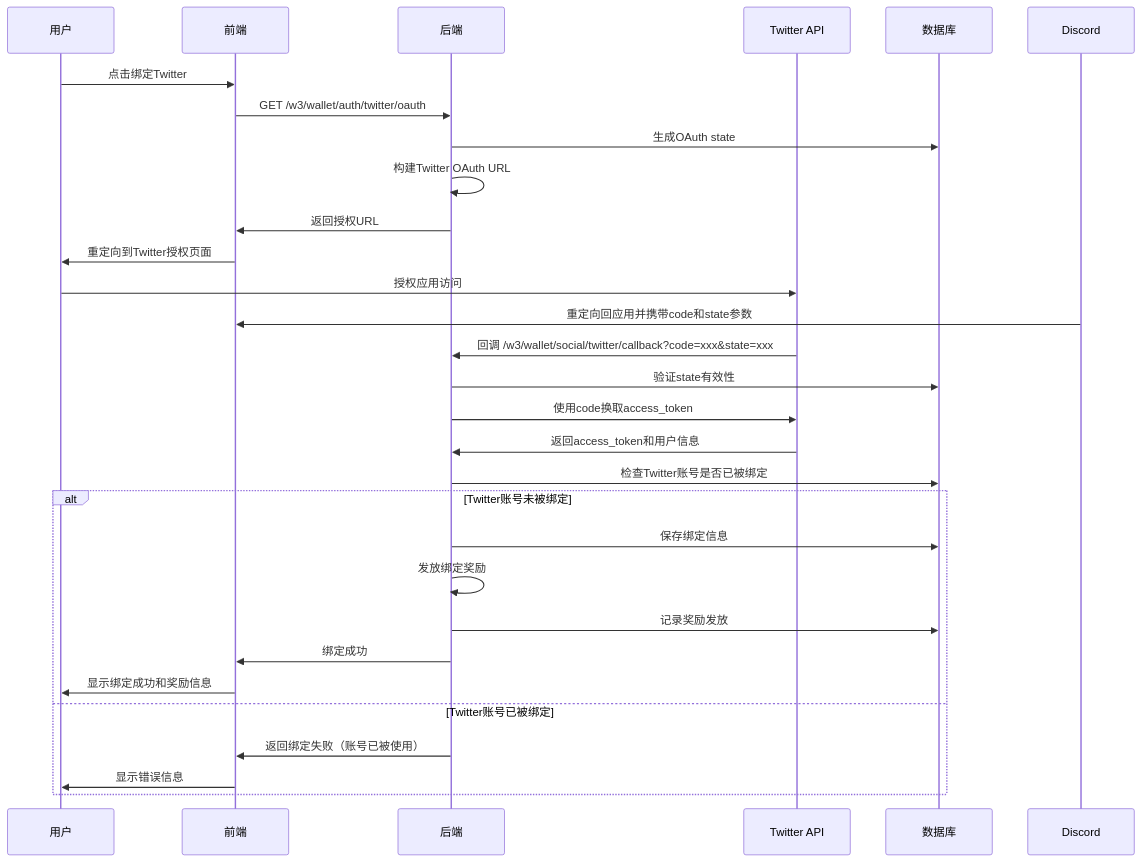
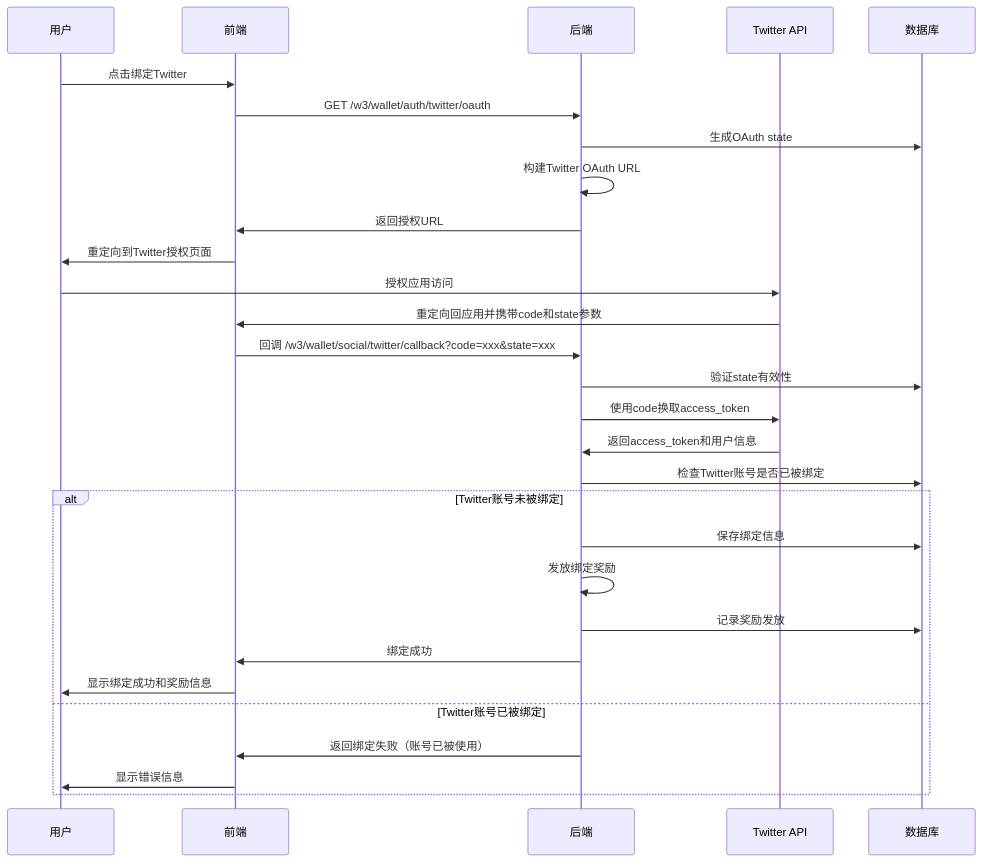
Before and after one commit to yingjianzh/iodraw-files: the diagram in all/未命名-73.md, drawn with Mermaid.

Commit message:
2025-07-07 10:53:26 update

````diff
--- a/all/未命名-73.md
+++ b/all/未命名-73.md
@@ -1,37 +1,37 @@
 ```mermaid
 
 sequenceDiagram
     participant User as 用户
     participant Frontend as 前端
     participant Backend as 后端
     participant Twitter as Twitter API
     participant DB as 数据库
 
 
     User->>Frontend: 点击绑定Twitter
     Frontend->>Backend: GET /w3/wallet/auth/twitter/oauth
     Backend->>DB: 生成OAuth state
     Backend->>Backend: 构建Twitter OAuth URL
     Backend->>Frontend: 返回授权URL
     Frontend->>User: 重定向到Twitter授权页面
     
     User->>Twitter: 授权应用访问
-     Discord->>Frontend: 重定向回应用并携带code和state参数
-    Twitter->>Backend: 回调 /w3/wallet/social/twitter/callback?code=xxx&state=xxx
+    Twitter->>Frontend: 重定向回应用并携带code和state参数
+    Frontend->>Backend: 回调 /w3/wallet/social/twitter/callback?code=xxx&state=xxx
     Backend->>DB: 验证state有效性
     Backend->>Twitter: 使用code换取access_token
     Twitter->>Backend: 返回access_token和用户信息
     Backend->>DB: 检查Twitter账号是否已被绑定
     
     alt Twitter账号未被绑定
         Backend->>DB: 保存绑定信息
         Backend->>Backend: 发放绑定奖励
         Backend->>DB: 记录奖励发放
         Backend->>Frontend: 绑定成功
         Frontend->>User: 显示绑定成功和奖励信息
     else Twitter账号已被绑定
         Backend->>Frontend: 返回绑定失败（账号已被使用）
         Frontend->>User: 显示错误信息
     end
 
 ```
````
